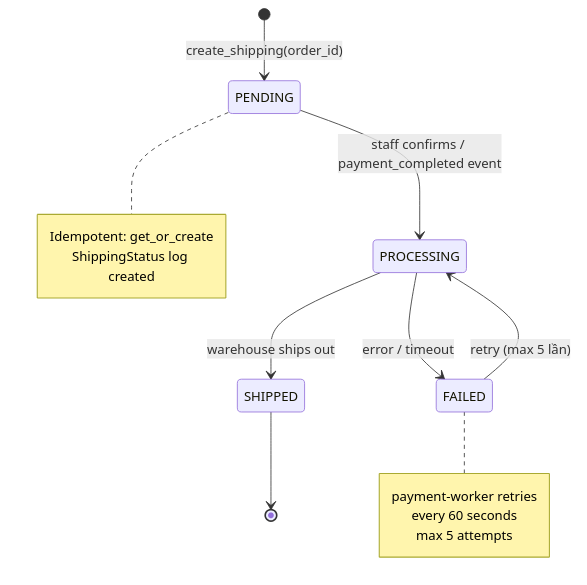
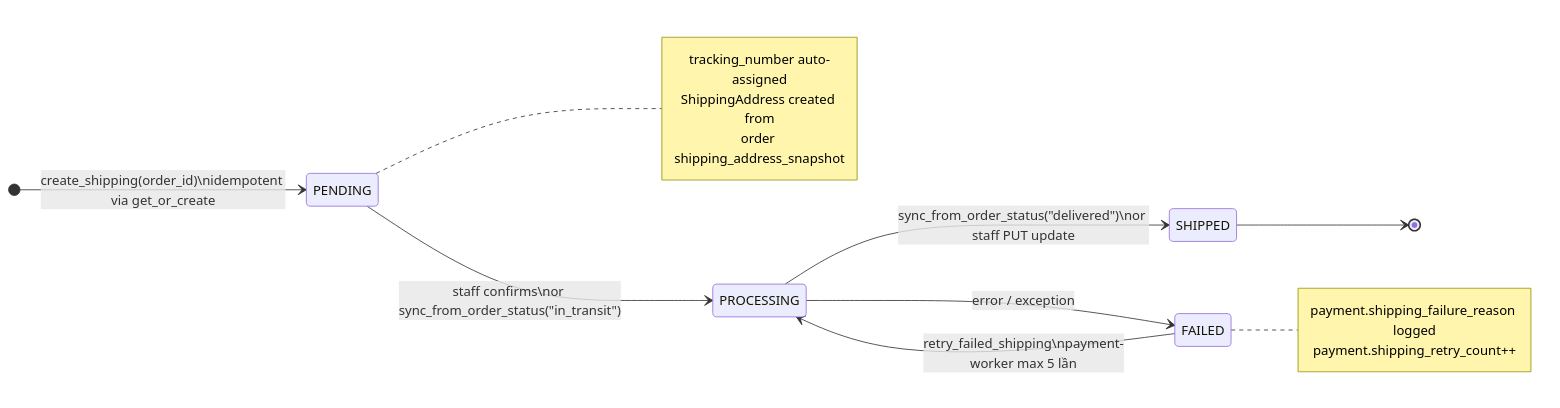
Diagram 16 of 37 in docs/CHUONG2_TAI_LIEU_DU_AN_Ecommerce_ECOM.md (minhengdey/bookstore-microservice), drawn with Mermaid before and after one commit. The commit also changed other lines of this file and 21 other files, not shown here.

````diff
--- a/docs/CHUONG2_TAI_LIEU_DU_AN_Ecommerce_ECOM.md
+++ b/docs/CHUONG2_TAI_LIEU_DU_AN_Ecommerce_ECOM.md
@@ -2673,20 +3489,26 @@
 ```mermaid
 stateDiagram-v2
-    [*] --> PENDING : create_shipping(order_id)
-    PENDING --> PROCESSING : staff confirms / payment_completed event
-    PROCESSING --> SHIPPED : warehouse ships out
-    PROCESSING --> FAILED : error / timeout
-    FAILED --> PROCESSING : retry (max 5 lần)
+    direction LR
+    [*] --> PENDING : create_shipping(order_id)\nidempotent via get_or_create
+
+    PENDING --> PROCESSING : staff confirms\nor sync_from_order_status("in_transit")
+
+    PROCESSING --> SHIPPED : sync_from_order_status("delivered")\nor staff PUT update
+
+    PROCESSING --> FAILED : error / exception
+
+    FAILED --> PROCESSING : retry_failed_shipping\npayment-worker max 5 lần
+
     SHIPPED --> [*]
 
     note right of PENDING
-        Idempotent: get_or_create
-        ShippingStatus log created
+        tracking_number auto-assigned
+        ShippingAddress created from
+        order shipping_address_snapshot
     end note
 
     note right of FAILED
-        payment-worker retries
-        every 60 seconds
-        max 5 attempts
+        payment.shipping_failure_reason logged
+        payment.shipping_retry_count++
     end note
 ```
````
